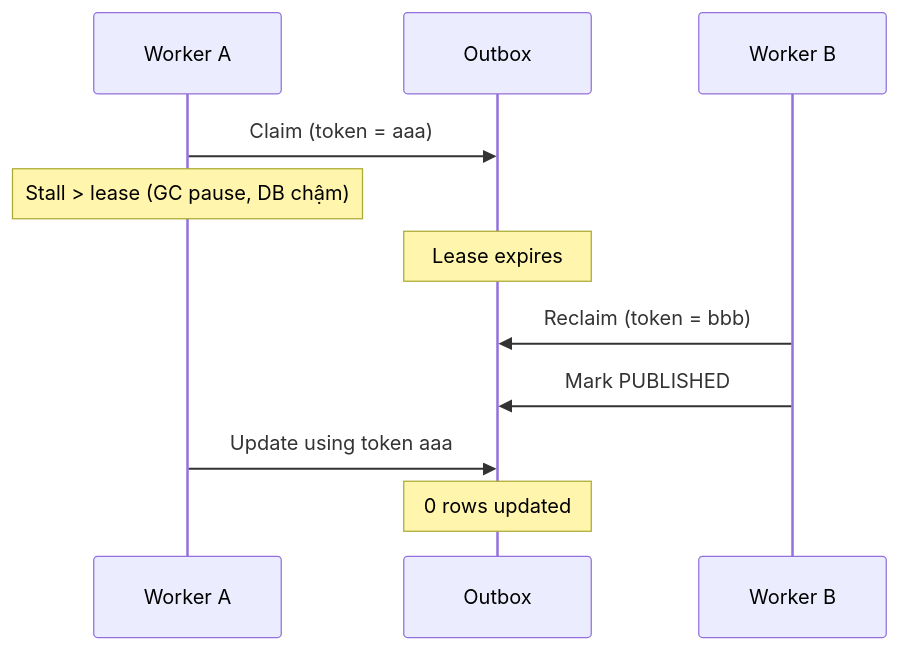
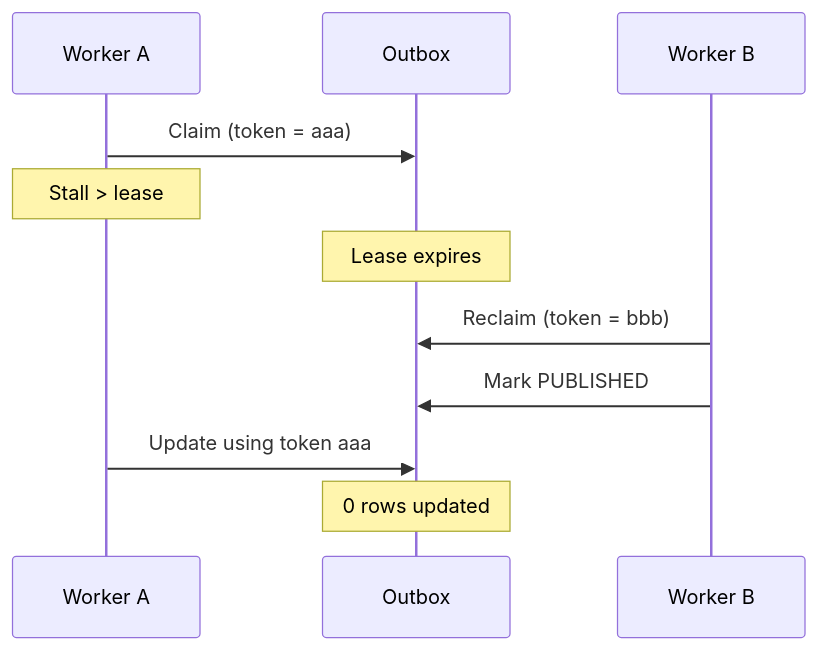
One commit to d2mteam/event-driven-ecommerce-microservices changed the fourth of 4 diagrams in README.md. Above: the diagram before and after it, drawn with Mermaid. The commit also changed other lines of this file, not shown here.

````diff
--- a/README.md
+++ b/README.md
@@ -207,17 +207,17 @@
 ```mermaid
 sequenceDiagram
     participant A as Worker A
     participant DB as Outbox
     participant B as Worker B
 
     A->>DB: Claim (token = aaa)
-    Note over A: Stall > lease (GC pause, DB chậm)
+    Note over A: Stall > lease
 
     Note over DB: Lease expires
 
     B->>DB: Reclaim (token = bbb)
     B->>DB: Mark PUBLISHED
 
     A->>DB: Update using token aaa
     Note over DB: 0 rows updated
 ```
````
